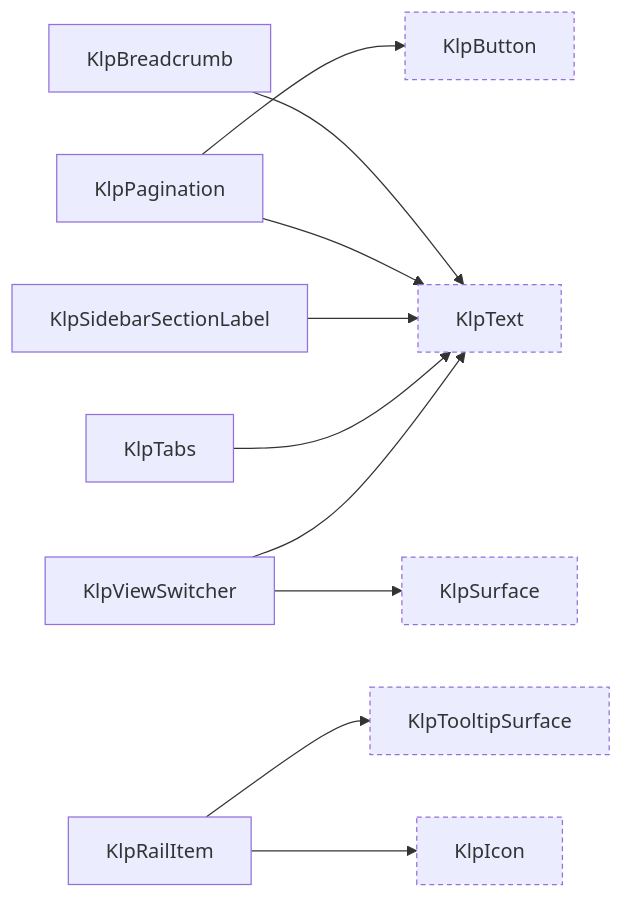
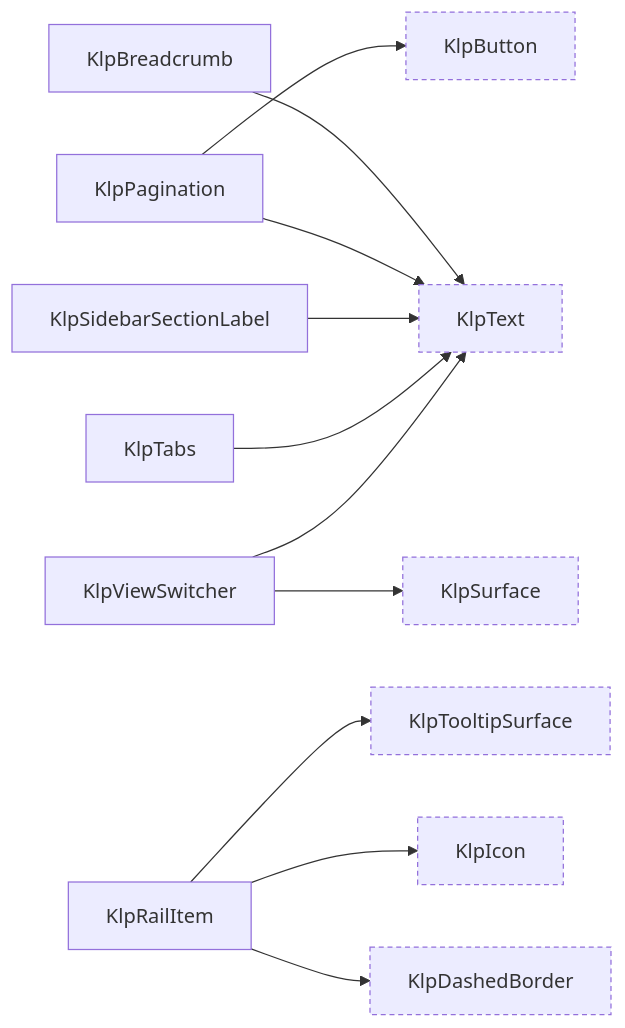
Before and after one commit to MiuDog/Kallopis: diagram 13 of 16 in spec/component-inventory.md, drawn with Mermaid. The commit also changed other lines of this file and 17 other files, not shown here.

````diff
--- a/spec/component-inventory.md
+++ b/spec/component-inventory.md
@@ -723,24 +792,26 @@
 ```mermaid
 graph LR
   KlpBreadcrumb["KlpBreadcrumb"]
   KlpButton["KlpButton"]:::external
+  KlpDashedBorder["KlpDashedBorder"]:::external
   KlpIcon["KlpIcon"]:::external
   KlpPagination["KlpPagination"]
   KlpRailItem["KlpRailItem"]
   KlpSidebarSectionLabel["KlpSidebarSectionLabel"]
   KlpSurface["KlpSurface"]:::external
   KlpTabs["KlpTabs"]
   KlpText["KlpText"]:::external
   KlpTooltipSurface["KlpTooltipSurface"]:::external
   KlpViewSwitcher["KlpViewSwitcher"]
   KlpBreadcrumb --> KlpText
   KlpPagination --> KlpButton
   KlpPagination --> KlpText
+  KlpRailItem --> KlpDashedBorder
   KlpRailItem --> KlpIcon
   KlpRailItem --> KlpTooltipSurface
   KlpSidebarSectionLabel --> KlpText
   KlpTabs --> KlpText
   KlpViewSwitcher --> KlpSurface
   KlpViewSwitcher --> KlpText
   classDef external stroke-dasharray: 4 3;
 ```
````
